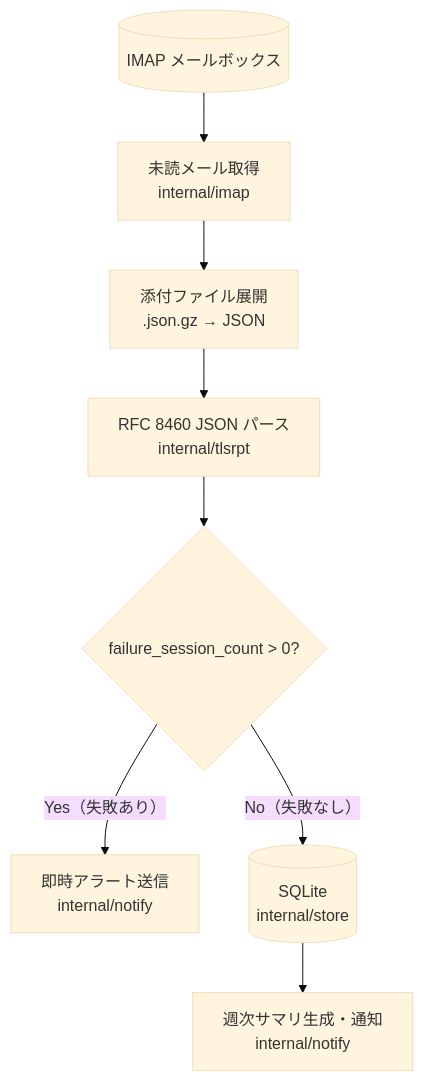
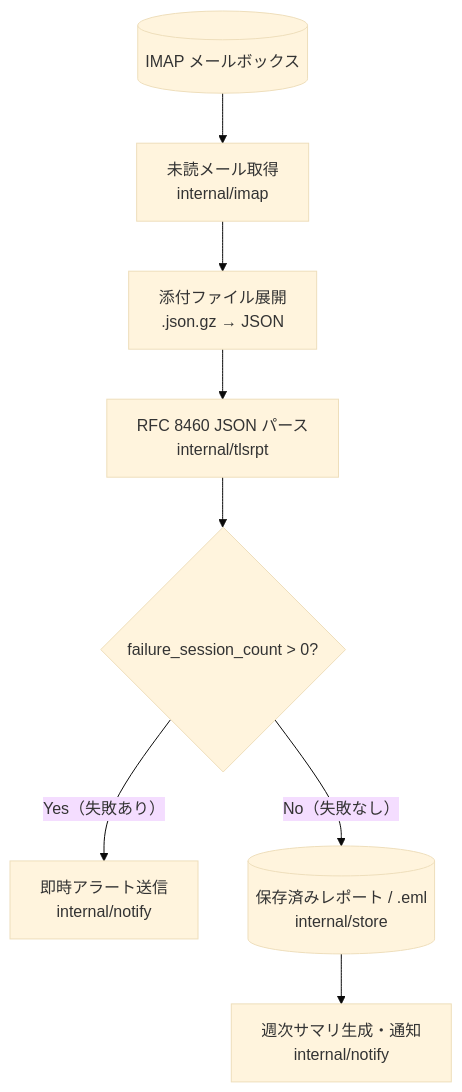
Before and after one commit to isseis/tlsrpt-digest: the first of 2 diagrams in docs/overview.ja.md, drawn with Mermaid (base theme). The commit also changed other lines of this file and 1 other file, not shown here.

````diff
--- a/docs/overview.ja.md
+++ b/docs/overview.ja.md
@@ -26,19 +26,19 @@
 ```mermaid
 flowchart TD
     A[("IMAP メールボックス")]
     B["未読メール取得<br>internal/imap"]
     C["添付ファイル展開<br>.json.gz → JSON"]
     D["RFC 8460 JSON パース<br>internal/tlsrpt"]
     E{"failure_session_count > 0?"}
     F["即時アラート送信<br>internal/notify"]
-    G[("SQLite<br>internal/store")]
+    G[("保存済みレポート / .eml<br>internal/store")]
     H["週次サマリ生成・通知<br>internal/notify"]
 
     A --> B
     B --> C
     C --> D
     D --> E
     E -- "Yes（失敗あり）" --> F
     E -- "No（失敗なし）" --> G
     G --> H
 ```
````
